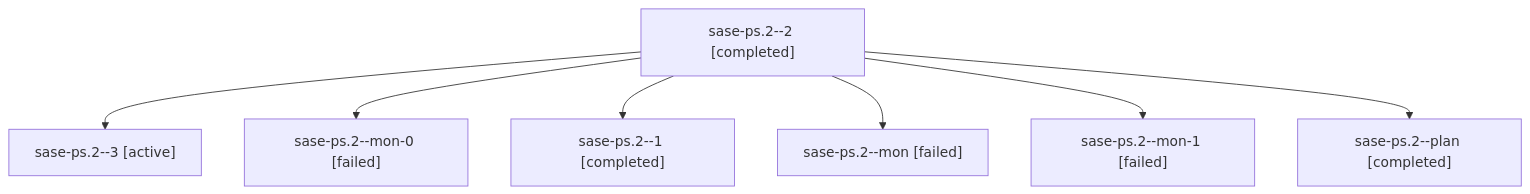
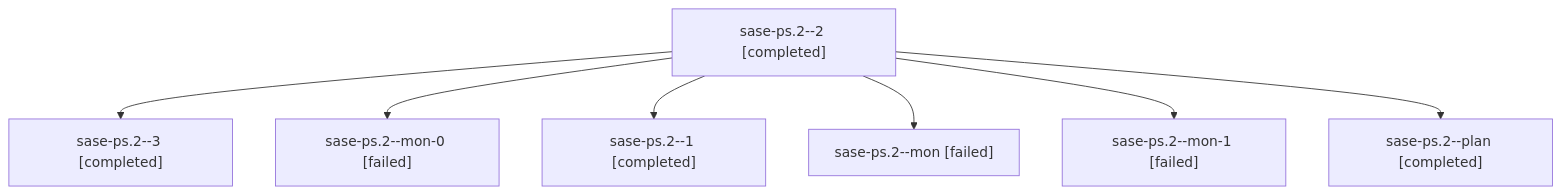
The diagram in families/bbugyi200.athena.sase-ps.2.md (sase-org/sase--agents), drawn with Mermaid before and after one commit. The commit also changed other lines of this file and 95 other files, not shown here.

````diff
--- a/families/bbugyi200.athena.sase-ps.2.md
+++ b/families/bbugyi200.athena.sase-ps.2.md
@@ -9,16 +9,16 @@
 ```mermaid
 flowchart TD
   n0["sase-ps.2--2 [completed]"]
-  n1["sase-ps.2--3 [active]"]
+  n1["sase-ps.2--3 [completed]"]
   n0 --> n1
   n2["sase-ps.2--mon-0 [failed]"]
   n0 --> n2
   n3["sase-ps.2--1 [completed]"]
   n0 --> n3
   n4["sase-ps.2--mon [failed]"]
   n0 --> n4
   n5["sase-ps.2--mon-1 [failed]"]
   n0 --> n5
   n6["sase-ps.2--plan [completed]"]
   n0 --> n6
 ```
````
